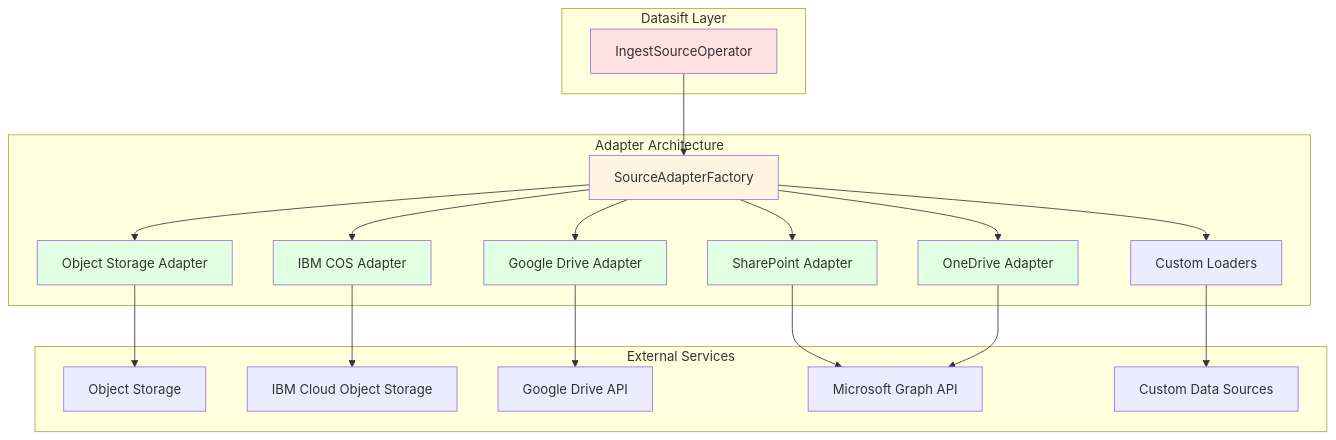
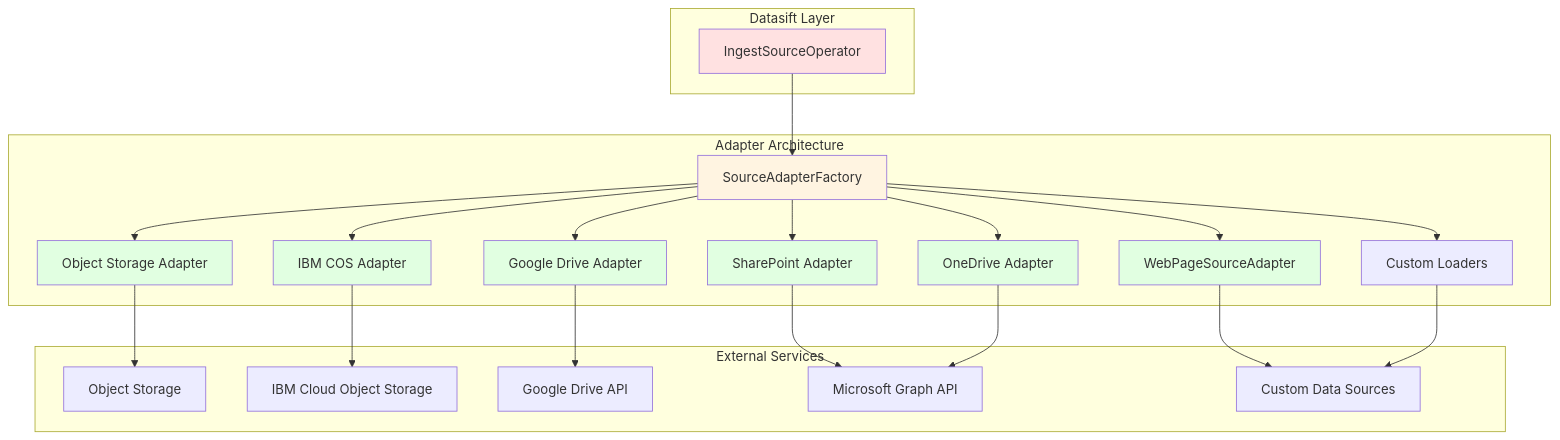
Diagram 20 of 27 in ARCHITECTURE.md (anupvarma007-ui/datasift-opensource), drawn with Mermaid before and after one commit. The commit also changed other lines of this file and 14 other files, not shown here.

````diff
--- a/ARCHITECTURE.md
+++ b/ARCHITECTURE.md
@@ -1708,47 +1708,51 @@
 ```mermaid
 graph TB
     subgraph "Datasift Layer"
         ISO[IngestSourceOperator]
     end
 
     subgraph "Adapter Architecture"
         SAF[SourceAdapterFactory]
         OBJA[Object Storage Adapter]
         IBMA[IBM COS Adapter]
         GDA[Google Drive Adapter]
         SPA[SharePoint Adapter]
         ODA[OneDrive Adapter]
+        WPA[WebPageSourceAdapter]
         CUST[Custom Loaders]
     end
 
     subgraph "External Services"
         OBJ[Object Storage]
         IBM[IBM Cloud Object Storage]
         GD[Google Drive API]
         MS[Microsoft Graph API]
         CUSTOM[Custom Data Sources]
     end
 
     ISO --> SAF
     SAF --> OBJA
     SAF --> IBMA
     SAF --> GDA
     SAF --> SPA
     SAF --> ODA
+    SAF --> WPA
     SAF --> CUST
 
     OBJA --> OBJ
     IBMA --> IBM
     GDA --> GD
     SPA --> MS
     ODA --> MS
+    WPA --> CUSTOM
     CUST --> CUSTOM
 
     style ISO fill:#ffe1e1
     style SAF fill:#fff4e1
     style OBJA fill:#e1ffe1
     style IBMA fill:#e1ffe1
     style GDA fill:#e1ffe1
     style SPA fill:#e1ffe1
     style ODA fill:#e1ffe1
+    style WPA fill:#e1ffe1
 ```
````
